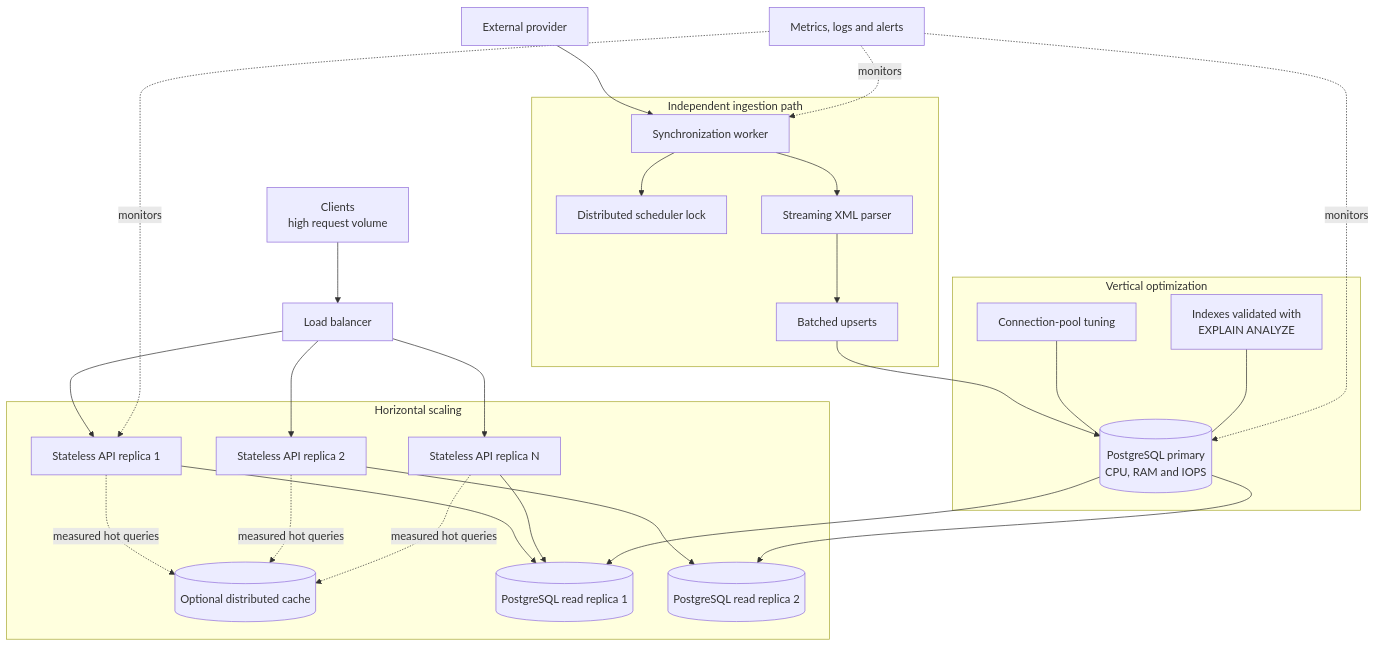
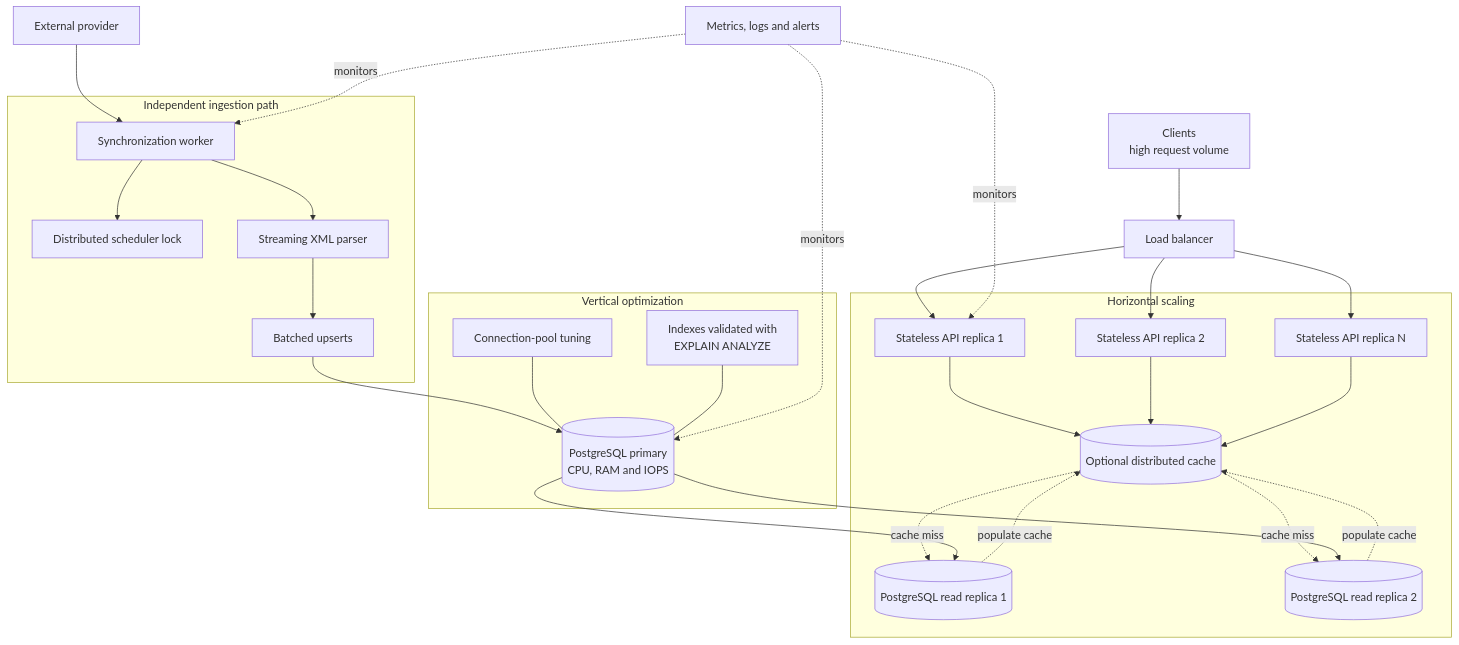
One commit to azfalot/FeverPlans changed the third of 3 diagrams in README.md. Above: the diagram before and after it, drawn with Mermaid. The commit also changed other lines of this file, not shown here.

Commit message:
Reorganize architecture documentation

````diff
--- a/README.md
+++ b/README.md
@@ -117,54 +212,55 @@
 ```mermaid
 flowchart TB
     Clients["Clients<br/>high request volume"]
     LoadBalancer["Load balancer"]
 
     subgraph Horizontal["Horizontal scaling"]
         Api1["Stateless API replica 1"]
         Api2["Stateless API replica 2"]
         ApiN["Stateless API replica N"]
         Cache[("Optional distributed cache")]
         Read1[("PostgreSQL read replica 1")]
         Read2[("PostgreSQL read replica 2")]
     end
 
     subgraph Ingestion["Independent ingestion path"]
         Worker["Synchronization worker"]
         Lock["Distributed scheduler lock"]
         Streaming["Streaming XML parser"]
         Batch["Batched upserts"]
     end
 
     subgraph Vertical["Vertical optimization"]
         Primary[("PostgreSQL primary<br/>CPU, RAM and IOPS")]
         Pool["Connection-pool tuning"]
         Indexes["Indexes validated with<br/>EXPLAIN ANALYZE"]
     end
 
     Provider["External provider"] --> Worker
     Worker --> Lock
     Worker --> Streaming
     Streaming --> Batch
     Batch --> Primary
 
     Clients --> LoadBalancer
     LoadBalancer --> Api1
     LoadBalancer --> Api2
     LoadBalancer --> ApiN
 
-    Api1 -. measured hot queries .-> Cache
-    Api2 -. measured hot queries .-> Cache
-    ApiN -. measured hot queries .-> Cache
-    Api1 --> Read1
-    Api2 --> Read2
-    ApiN --> Read1
+    Api1 --> Cache
+    Api2 --> Cache
+    ApiN --> Cache
+    Cache -. "cache miss" .-> Read1
+    Cache -. "cache miss" .-> Read2
+    Read1 -. "populate cache" .-> Cache
+    Read2 -. "populate cache" .-> Cache
 
     Primary --> Read1
     Primary --> Read2
     Pool --- Primary
     Indexes --- Primary
 
     Observability["Metrics, logs and alerts"] -. monitors .-> Api1
     Observability -. monitors .-> Worker
     Observability -. monitors .-> Primary
 ```
````
